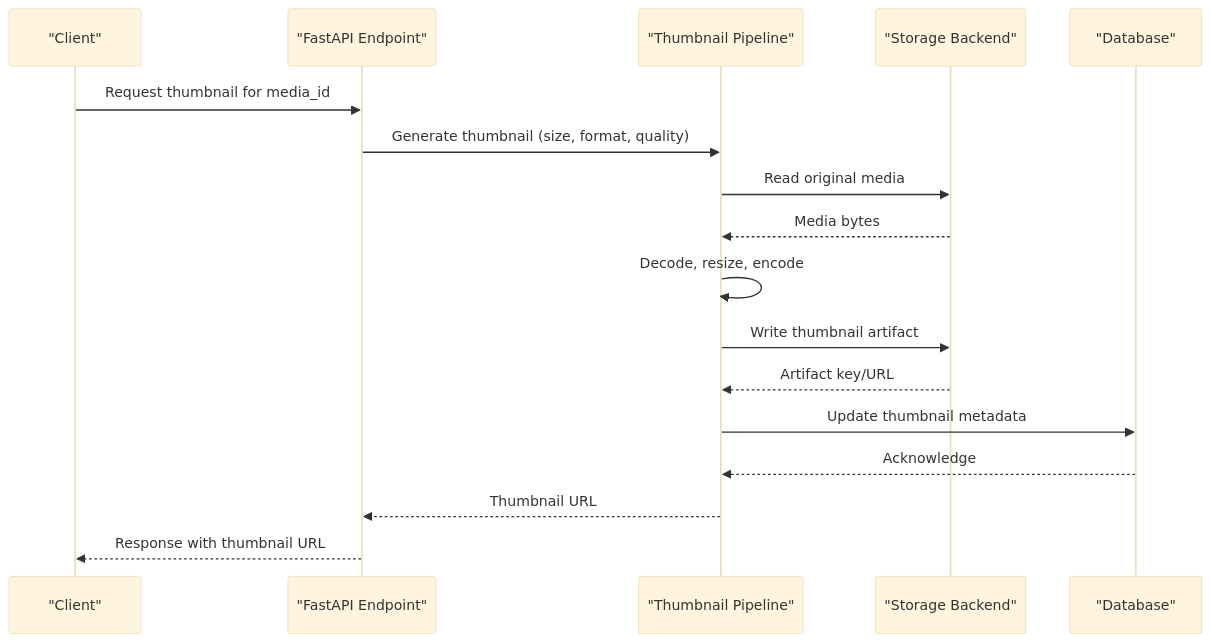
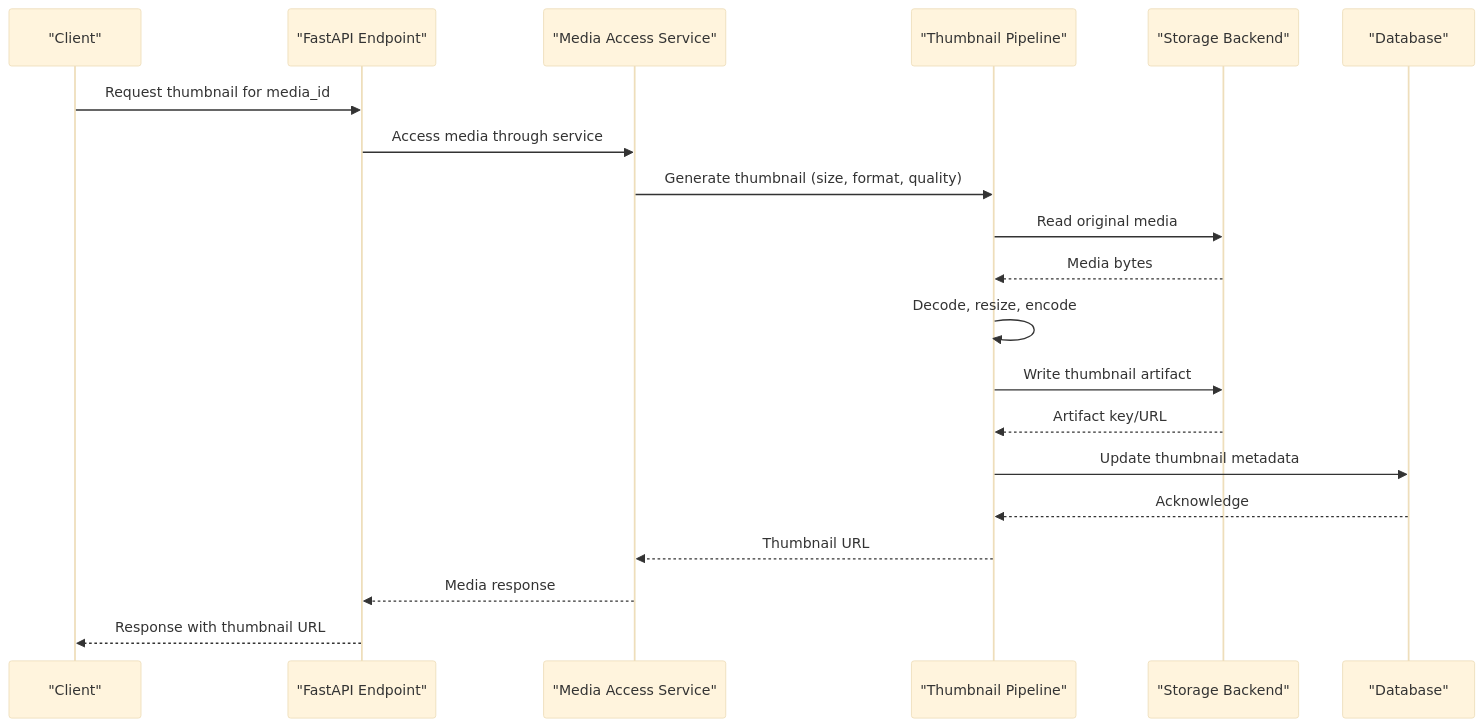
One commit to zuohaisu/wecom-archive changed the second of 11 diagrams in .qoder/repowiki/en/content/Architecture/Storage Abstraction Layer/Thumbnail Generation System.md. Above: the diagram before and after it, drawn with Mermaid (base theme). The commit also changed other lines of this file and 84 other files, not shown here.

````diff
--- a/.qoder/repowiki/en/content/Architecture/Storage Abstraction Layer/Thumbnail Generation System.md
+++ b/.qoder/repowiki/en/content/Architecture/Storage Abstraction Layer/Thumbnail Generation System.md
@@ -103,19 +124,22 @@
 ```mermaid
 sequenceDiagram
 participant Client as "Client"
 participant API as "FastAPI Endpoint"
+participant MediaService as "Media Access Service"
 participant Pipeline as "Thumbnail Pipeline"
 participant Storage as "Storage Backend"
 participant DB as "Database"
 Client->>API : Request thumbnail for media_id
-API->>Pipeline : Generate thumbnail (size, format, quality)
+API->>MediaService : Access media through service
+MediaService->>Pipeline : Generate thumbnail (size, format, quality)
 Pipeline->>Storage : Read original media
 Storage-->>Pipeline : Media bytes
 Pipeline->>Pipeline : Decode, resize, encode
 Pipeline->>Storage : Write thumbnail artifact
 Storage-->>Pipeline : Artifact key/URL
 Pipeline->>DB : Update thumbnail metadata
 DB-->>Pipeline : Acknowledge
-Pipeline-->>API : Thumbnail URL
+Pipeline-->>MediaService : Thumbnail URL
+MediaService-->>API : Media response
 API-->>Client : Response with thumbnail URL
 ```
````
